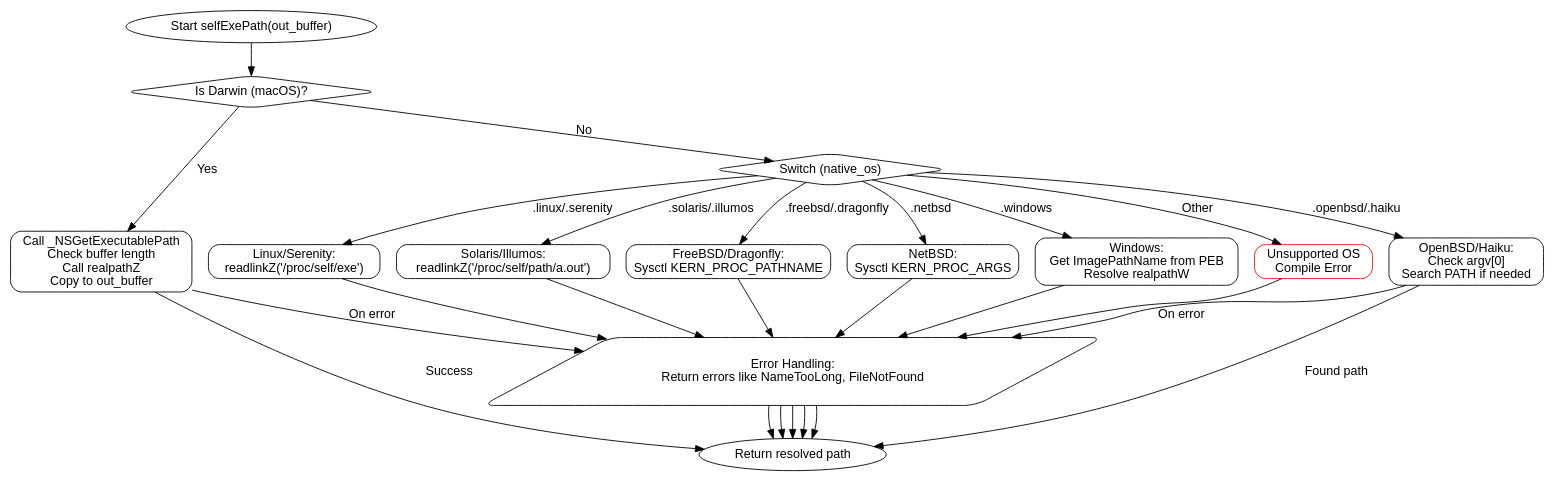
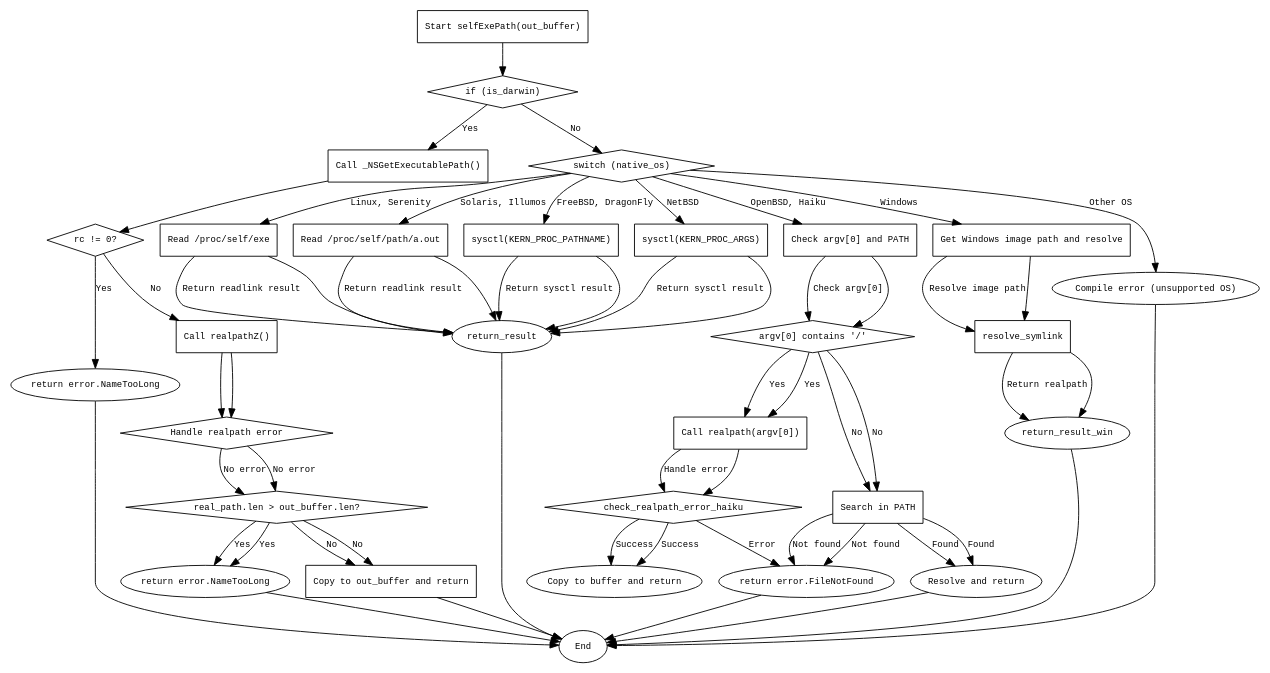
The diagram in dot_std/fs.zig.selfExePath.md (sdzx-1/deepseek-zig-reader), drawn with Graphviz before and after one commit. The commit also changed other lines of this file and 236 other files, not shown here.

````diff
--- a/dot_std/fs.zig.selfExePath.md
+++ b/dot_std/fs.zig.selfExePath.md
@@ -31,46 +19,112 @@
 ```dot
 digraph flowchart {
-    node [fontname="Helvetica", shape=box, style="rounded"];
-    edge [fontname="Helvetica"];
+    node [shape=rectangle, fontname="Courier", fontsize=10];
+    edge [fontname="Courier", fontsize=10];
 
-    start [label="Start selfExePath(out_buffer)", shape=ellipse];
-    is_darwin [label="Is Darwin (macOS)?", shape=diamond];
-    darwin_block [label="Call _NSGetExecutablePath\nCheck buffer length\nCall realpathZ\nCopy to out_buffer"];
-    switch_os [label="Switch (native_os)", shape=diamond];
-    linux_serenity [label="Linux/Serenity:\nreadlinkZ('/proc/self/exe')"];
-    solaris_illumos [label="Solaris/Illumos:\nreadlinkZ('/proc/self/path/a.out')"];
-    freebsd_dragonfly [label="FreeBSD/Dragonfly:\nSysctl KERN_PROC_PATHNAME"];
-    netbsd [label="NetBSD:\nSysctl KERN_PROC_ARGS"];
-    openbsd_haiku [label="OpenBSD/Haiku:\nCheck argv[0]\nSearch PATH if needed"];
-    windows [label="Windows:\nGet ImagePathName from PEB\nResolve realpathW"];
-    else_os [label="Unsupported OS\nCompile Error", color=red];
-    error_handling [label="Error Handling:\nReturn errors like NameTooLong, FileNotFound", shape=parallelogram];
-    return_result [label="Return resolved path", shape=ellipse];
+    start [label="Start selfExePath(out_buffer)"];
+    check_darwin [label="if (is_darwin)" shape=diamond];
+    darwin_path [label="Call _NSGetExecutablePath()"];
+    check_rc [label="rc != 0?" shape=diamond];
+    error_nametoolong1 [label="return error.NameTooLong"];
+    darwin_realpath [label="Call realpathZ()"];
+    check_realpath_error [label="Handle realpath error" shape=diamond];
+    check_buffer_len [label="real_path.len > out_buffer.len?" shape=diamond];
+    error_nametoolong2 [label="return error.NameTooLong"];
+    copy_result [label="Copy to out_buffer and return"];
+    os_switch [label="switch (native_os)" shape=diamond];
+    linux_serenity [label="Read /proc/self/exe"];
+    solaris_illumos [label="Read /proc/self/path/a.out"];
+    freebsd_dragonfly [label="sysctl(KERN_PROC_PATHNAME)"];
+    netbsd [label="sysctl(KERN_PROC_ARGS)"];
+    openbsd_haiku [label="Check argv[0] and PATH"];
+    windows_path [label="Get Windows image path and resolve"];
+    compile_error [label="Compile error (unsupported OS)"];
 
-    start -> is_darwin;
-    is_darwin -> darwin_block [label="Yes"];
-    is_darwin -> switch_os [label="No"];
+    start -> check_darwin;
     
-    darwin_block -> error_handling [label="On error"];
-    darwin_block -> return_result [label="Success"];
+    check_darwin -> darwin_path [label="Yes"];
+    darwin_path -> check_rc;
+    check_rc -> error_nametoolong1 [label="Yes"];
+    check_rc -> darwin_realpath [label="No"];
+    darwin_realpath -> check_realpath_error;
+    check_realpath_error -> check_buffer_len [label="No error"];
+    check_buffer_len -> error_nametoolong2 [label="Yes"];
+    check_buffer_len -> copy_result [label="No"];
+    
+    check_darwin -> os_switch [label="No"];
+    os_switch -> linux_serenity [label="Linux, Serenity"];
+    os_switch -> solaris_illumos [label="Solaris, Illumos"];
+    os_switch -> freebsd_dragonfly [label="FreeBSD, DragonFly"];
+    os_switch -> netbsd [label="NetBSD"];
+    os_switch -> openbsd_haiku [label="OpenBSD, Haiku"];
+    os_switch -> windows_path [label="Windows"];
+    os_switch -> compile_error [label="Other OS"];
+    
+    linux_serenity -> return_result [label="Return readlink result"];
+    solaris_illumos -> return_result [label="Return readlink result"];
+    freebsd_dragonfly -> return_result [label="Return sysctl result"];
+    netbsd -> return_result [label="Return sysctl result"];
+    
+    openbsd_haiku -> argv_check [label="Check argv[0]"];
+    argv_check [label="argv[0] contains '/'" shape=diamond];
+    argv_check -> realpath_argv [label="Yes"];
+    realpath_argv [label="Call realpath(argv[0])"];
+    realpath_argv -> check_realpath_error_haiku [label="Handle error"];
+    check_realpath_error_haiku [shape=diamond];
+    check_realpath_error_haiku -> copy_result_haiku [label="Success"];
+    copy_result_haiku [label="Copy to buffer and return"];
+    
+    argv_check -> search_path [label="No"];
+    search_path [label="Search in PATH"];
+    search_path -> found_in_path [label="Found"];
+    found_in_path [label="Resolve and return"];
+    search_path -> error_filenotfound [label="Not found"];
+    
+    windows_path -> resolve_symlink [label="Resolve image path"];
+    resolve_symlink -> return_result_win [label="Return realpath"];
+    
+    error_nametoolong1 [shape=ellipse];
+    error_nametoolong2 [shape=ellipse];
+    error_filenotfound [label="return error.FileNotFound" shape=ellipse];
+    return_result [shape=ellipse];
+    copy_result_haiku [shape=ellipse];
+    found_in_path [shape=ellipse];
+    return_result_win [shape=ellipse];
+    compile_error [shape=ellipse];
 
-    switch_os -> linux_serenity [label=".linux/.serenity"];
-    switch_os -> solaris_illumos [label=".solaris/.illumos"];
-    switch_os -> freebsd_dragonfly [label=".freebsd/.dragonfly"];
-    switch_os -> netbsd [label=".netbsd"];
-    switch_os -> openbsd_haiku [label=".openbsd/.haiku"];
-    switch_os -> windows [label=".windows"];
-    switch_os -> else_os [label="Other"];
+    // Edge connections
+    darwin_realpath -> check_realpath_error;
+    check_realpath_error -> check_buffer_len [label="No error"];
+    check_buffer_len -> error_nametoolong2 [label="Yes"];
+    check_buffer_len -> copy_result [label="No"];
+    copy_result -> end;
 
-    linux_serenity -> error_handling -> return_result;
-    solaris_illumos -> error_handling -> return_result;
-    freebsd_dragonfly -> error_handling -> return_result;
-    netbsd -> error_handling -> return_result;
-    
-    openbsd_haiku -> error_handling [label="On error"];
-    openbsd_haiku -> return_result [label="Found path"];
-    
-    windows -> error_handling -> return_result;
-    else_os -> error_handling;
+    openbsd_haiku -> argv_check;
+    argv_check -> realpath_argv [label="Yes"];
+    realpath_argv -> check_realpath_error_haiku;
+    check_realpath_error_haiku -> copy_result_haiku [label="Success"];
+    check_realpath_error_haiku -> error_filenotfound [label="Error"];
+    argv_check -> search_path [label="No"];
+    search_path -> found_in_path [label="Found"];
+    search_path -> error_filenotfound [label="Not found"];
+    found_in_path -> end;
+    error_filenotfound -> end;
+
+    windows_path -> resolve_symlink;
+    resolve_symlink -> return_result_win;
+    return_result_win -> end;
+
+    linux_serenity -> return_result;
+    return_result -> end;
+
+    solaris_illumos -> return_result;
+    freebsd_dragonfly -> return_result;
+    netbsd -> return_result;
+
+    error_nametoolong1 -> end;
+    error_nametoolong2 -> end;
+    compile_error -> end;
+
+    end [label="End", shape=ellipse];
 }
-```
+``` 
````
